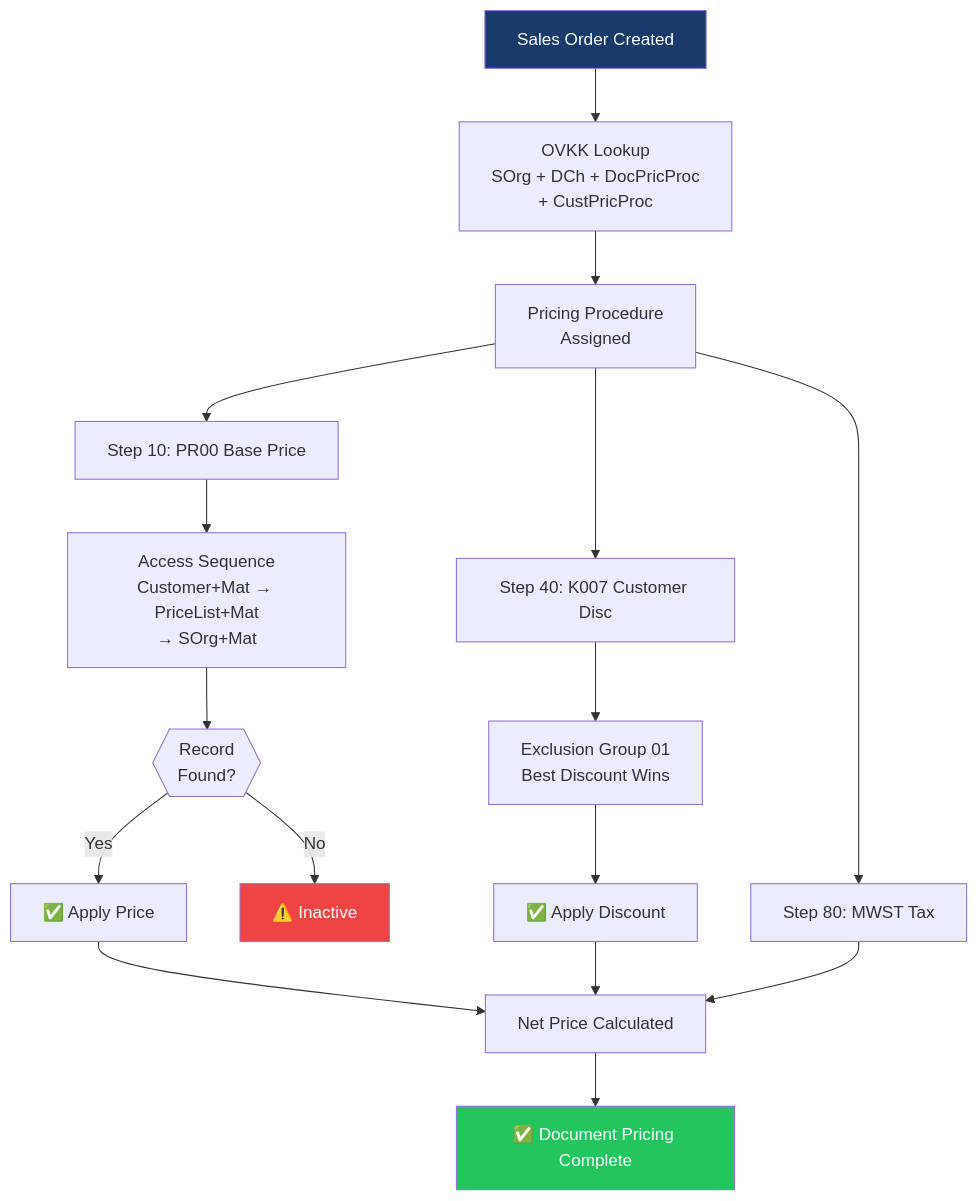
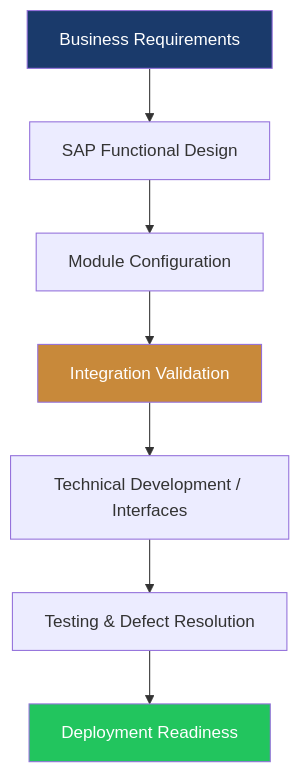
Before and after one commit to prashanth-sap-sd/prashanth-sap-sd: the second of 3 diagrams in README.md, drawn with Mermaid. The commit also changed other lines of this file, not shown here.

````diff
--- a/README.md
+++ b/README.md
@@ -143,25 +115,13 @@
 ```mermaid
 flowchart TD
-    A["Sales Order Created"] --> B["OVKK Lookup\nSOrg + DCh + DocPricProc\n+ CustPricProc"]
-    B --> C["Pricing Procedure\nAssigned"]
-    C --> D["Step 10: PR00 Base Price"]
-    C --> E["Step 40: K007 Customer Disc"]
-    C --> F["Step 80: MWST Tax"]
-
-    D --> D1["Access Sequence\nCustomer+Mat → PriceList+Mat\n→ SOrg+Mat"]
-    D1 --> D2{{"Record\nFound?"}}
-    D2 -->|Yes| D3["✅ Apply Price"]
-    D2 -->|No| D4["⚠️ Inactive"]
-
-    E --> E1["Exclusion Group 01\nBest Discount Wins"]
-    E1 --> E2["✅ Apply Discount"]
-
-    D3 --> G["Net Price Calculated"]
-    E2 --> G
-    F --> G
-    G --> H["✅ Document Pricing Complete"]
+    A["Business Requirements"] --> B["SAP Functional Design"]
+    B --> C["Module Configuration"]
+    C --> D["Integration Validation"]
+    D --> E["Technical Development / Interfaces"]
+    E --> F["Testing & Defect Resolution"]
+    F --> G["Deployment Readiness"]
 
     style A fill:#1a3a6b,color:#fff
-    style H fill:#22c55e,color:#fff
-    style D4 fill:#ef4444,color:#fff
+    style G fill:#22c55e,color:#fff
+    style D fill:#c8893a,color:#fff
 ```
````
